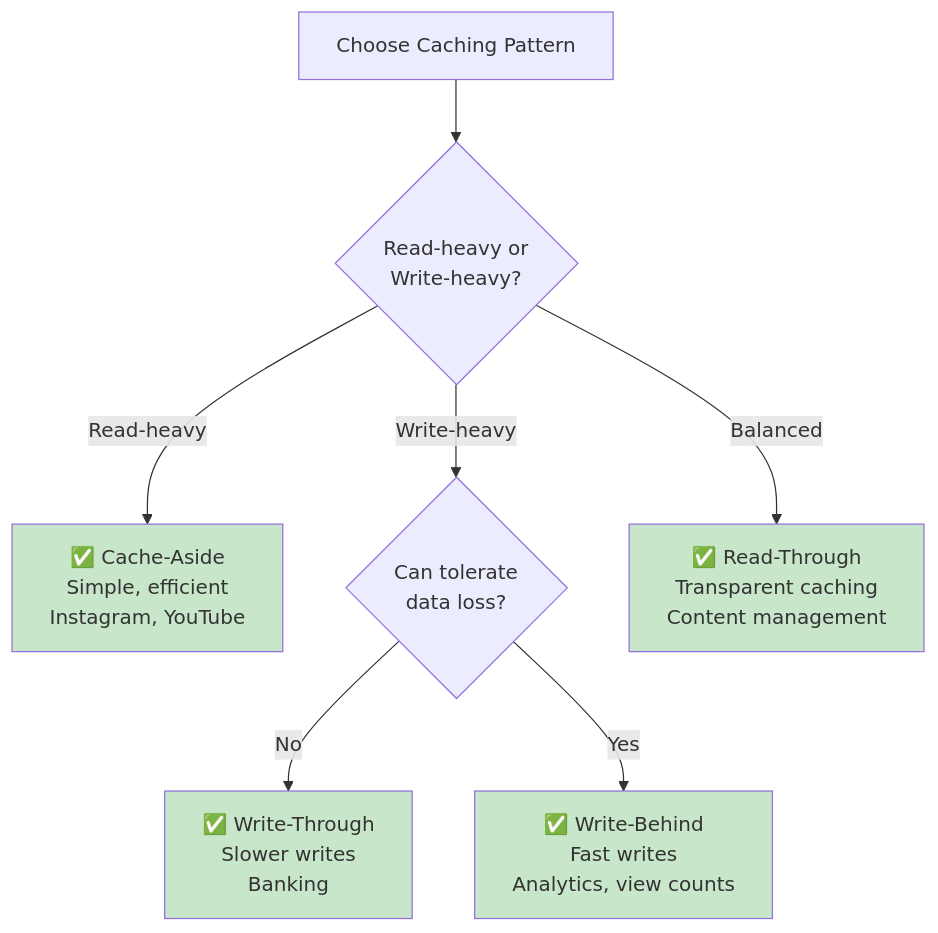
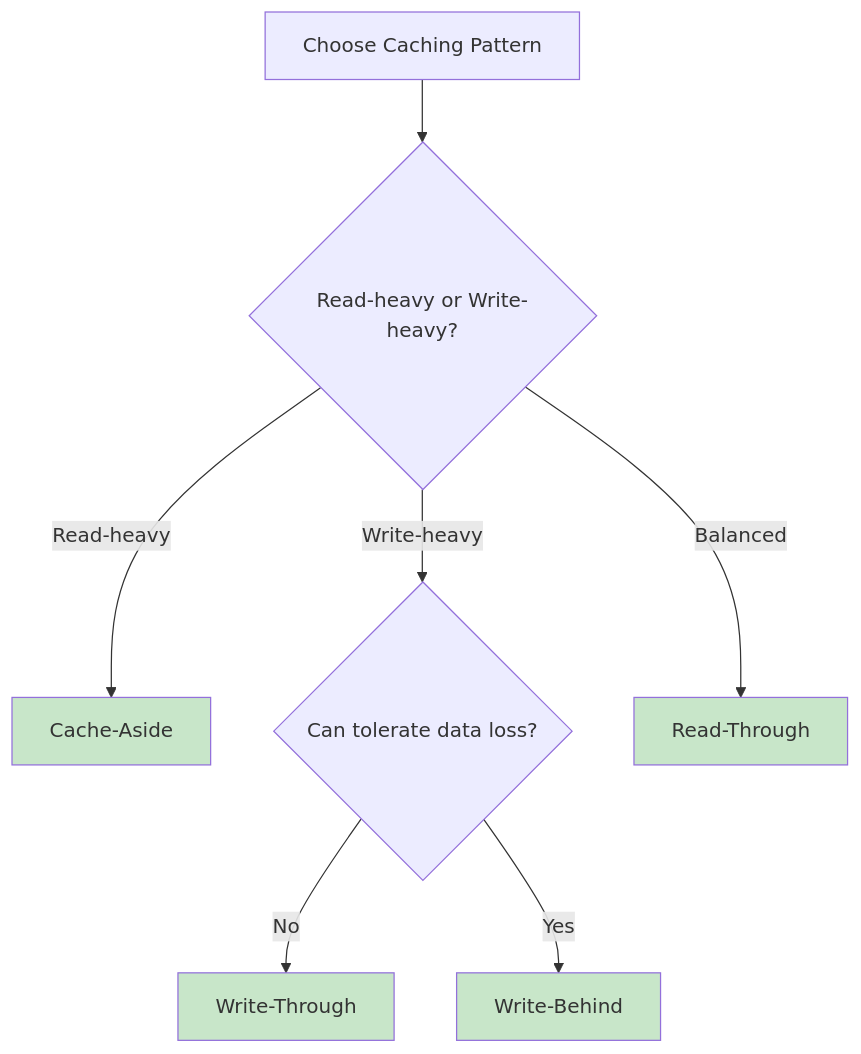
Before and after one commit to p1kmr/for-reading: the eighth of 10 diagrams in HLD/foundation/03_caching.md, drawn with Mermaid. The commit also changed other lines of this file, not shown here.

Commit message:
Fix Mermaid diagrams in 03_caching.md: Remove br tags and simplify node labels for GitHub compatibility

````diff
--- a/HLD/foundation/03_caching.md
+++ b/HLD/foundation/03_caching.md
@@ -298,21 +316,18 @@
 ```mermaid
 graph TB
     Pattern[Choose Caching Pattern]
 
-    Pattern --> ReadHeavy{Read-heavy or<br/>Write-heavy?}
+    Pattern --> ReadHeavy{Read-heavy or Write-heavy?}
 
-    ReadHeavy -->|Read-heavy| CacheAside[✅ Cache-Aside<br/>Simple, efficient<br/>Instagram, YouTube]
+    ReadHeavy -->|Read-heavy| CacheAside[Cache-Aside]
+    ReadHeavy -->|Write-heavy| WritePattern{Can tolerate data loss?}
+    ReadHeavy -->|Balanced| ReadThrough[Read-Through]
 
-    ReadHeavy -->|Write-heavy| WritePattern{Can tolerate<br/>data loss?}
-
-    WritePattern -->|No| WriteThrough[✅ Write-Through<br/>Slower writes<br/>Banking]
-
-    WritePattern -->|Yes| WriteBehind[✅ Write-Behind<br/>Fast writes<br/>Analytics, view counts]
-
-    ReadHeavy -->|Balanced| ReadThrough[✅ Read-Through<br/>Transparent caching<br/>Content management]
+    WritePattern -->|No| WriteThrough[Write-Through]
+    WritePattern -->|Yes| WriteBehind[Write-Behind]
 
     style CacheAside fill:#c8e6c9
     style WriteThrough fill:#c8e6c9
     style WriteBehind fill:#c8e6c9
     style ReadThrough fill:#c8e6c9
 ```
````
